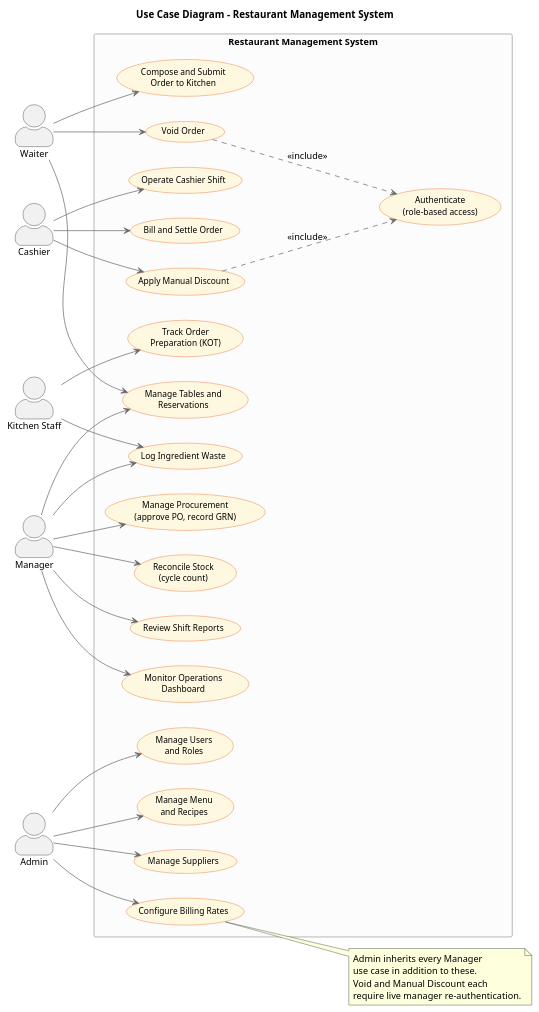
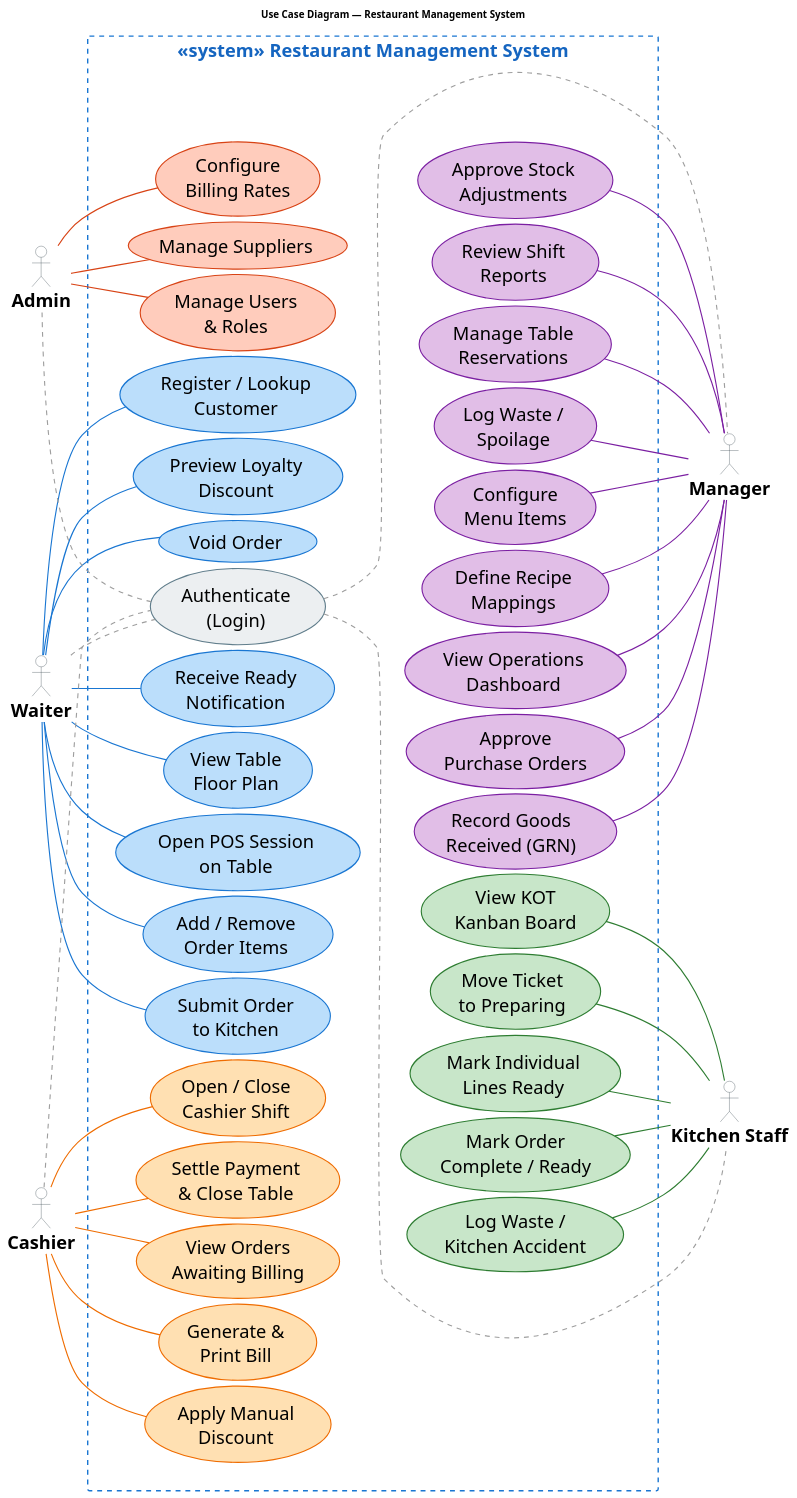
The diagram in diagrams-source/fig2_1_usecase.puml (Buddhimal-Ramanayaka/restaurant-management-system), drawn with PlantUML before and after one commit. The commit also changed 20 other files, not shown here.

First line of the commit message:
Update diagram sources to match the current system

```diff
--- a/diagrams-source/fig2_1_usecase.puml
+++ b/diagrams-source/fig2_1_usecase.puml
@@ -1,80 +1,154 @@
 @startuml
+' Figure 2.1 - Use Case Diagram, Restaurant Management System
+'
+' Theme follows the original figure: stick-figure actors, one colour per actor carried
+' through its use cases and its association lines, a dashed «system» boundary.
+'
+' Layout: two invisible grouping rectangles pin the use cases into two columns and keep
+' each actor's block contiguous. Admin and Waiter sit on the left against the left
+' column; Manager, Kitchen Staff and Cashier on the right against the right column,
+' Manager declared first so it resolves to the top-right corner. Every association
+' therefore stays inside its own half of the canvas and none of them cross.
+'
+' Verified against SecurityConfig.java authorisation rules and the controller surface.
+
 skinparam backgroundColor #FFFFFF
 skinparam shadowing false
-skinparam defaultFontName "Segoe UI"
-skinparam defaultFontSize 13
-skinparam ArrowColor #666666
-skinparam actorStyle awesome
+skinparam defaultFontName "Arial"
+skinparam defaultFontSize 26
+skinparam nodesep 8
+skinparam ranksep 58
+skinparam ArrowThickness 1.6
+
+skinparam actor {
+  FontSize 26
+  FontStyle bold
+  BorderColor #37474F
+  BackgroundColor #FFFFFF
+}
 skinparam usecase {
-  BackgroundColor #FFF8E1
-  BorderColor #E65100
-  FontSize 12
+  FontSize 26
+  BorderThickness 1.6
 }
 skinparam rectangle {
-  BackgroundColor #FCFCFC
-  BorderColor #999999
+  FontSize 26
+  FontStyle bold
+  BackgroundColor #FFFFFF
+  BorderColor #1976D2
+  BorderStyle dashed
+  BorderThickness 2
+  FontColor #1565C0
 }
-title Use Case Diagram - Restaurant Management System
+skinparam rectangle<<grp>> {
+  BackgroundColor Transparent
+  BorderColor Transparent
+  FontColor Transparent
+  BorderThickness 0
+}
+
+title Use Case Diagram — Restaurant Management System
 
 left to right direction
 
-actor Waiter as W
-actor "Kitchen Staff" as K
-actor Cashier as C
-actor Manager as M
-actor Admin as A
+actor "Admin" as A
+actor "Waiter" as W
+actor "Cashier" as C
 
-rectangle "Restaurant Management System" {
-  usecase "Authenticate\n(role-based access)" as UC0
-  usecase "Manage Tables and\nReservations" as UC1
-  usecase "Compose and Submit\nOrder to Kitchen" as UC2
-  usecase "Void Order" as UC3
-  usecase "Track Order\nPreparation (KOT)" as UC4
-  usecase "Log Ingredient Waste" as UC5
-  usecase "Operate Cashier Shift" as UC6
-  usecase "Bill and Settle Order" as UC7
-  usecase "Apply Manual Discount" as UC8
-  usecase "Monitor Operations\nDashboard" as UC9
-  usecase "Manage Procurement\n(approve PO, record GRN)" as UC10
-  usecase "Reconcile Stock\n(cycle count)" as UC11
-  usecase "Review Shift Reports" as UC12
-  usecase "Manage Users\nand Roles" as UC13
-  usecase "Manage Menu\nand Recipes" as UC14
-  usecase "Manage Suppliers" as UC15
-  usecase "Configure Billing Rates" as UC16
+rectangle "«system» Restaurant Management System" {
+
+  rectangle " " <<grp>> as G1 {
+    usecase "Authenticate\n(Login)"          as UX  #ECEFF1;line:607D8B
+
+    usecase "Manage Users\n& Roles"          as UA1 #FFCCBC;line:D84315
+    usecase "Manage Suppliers"               as UA4 #FFCCBC;line:D84315
+    usecase "Configure\nBilling Rates"       as UA5 #FFCCBC;line:D84315
+
+    usecase "View Table\nFloor Plan"         as UW1 #BBDEFB;line:1976D2
+    usecase "Open POS Session\non Table"     as UW2 #BBDEFB;line:1976D2
+    usecase "Add / Remove\nOrder Items"      as UW3 #BBDEFB;line:1976D2
+    usecase "Submit Order\nto Kitchen"       as UW4 #BBDEFB;line:1976D2
+    usecase "Register / Lookup\nCustomer"    as UW5 #BBDEFB;line:1976D2
+    usecase "Preview Loyalty\nDiscount"      as UW6 #BBDEFB;line:1976D2
+    usecase "Void Order"                     as UW7 #BBDEFB;line:1976D2
+    usecase "Receive Ready\nNotification"    as UW8 #BBDEFB;line:1976D2
+
+    usecase "Open / Close\nCashier Shift"    as UC1 #FFE0B2;line:EF6C00
+    usecase "View Orders\nAwaiting Billing"  as UC2 #FFE0B2;line:EF6C00
+    usecase "Generate &\nPrint Bill"         as UC3 #FFE0B2;line:EF6C00
+    usecase "Apply Manual\nDiscount"         as UC4 #FFE0B2;line:EF6C00
+    usecase "Settle Payment\n& Close Table"  as UC5 #FFE0B2;line:EF6C00
+  }
+
+  rectangle " " <<grp>> as G2 {
+    usecase "View Operations\nDashboard"     as UM1 #E1BEE7;line:7B1FA2
+    usecase "Approve\nPurchase Orders"       as UM2 #E1BEE7;line:7B1FA2
+    usecase "Record Goods\nReceived (GRN)"   as UM3 #E1BEE7;line:7B1FA2
+    usecase "Approve Stock\nAdjustments"     as UM4 #E1BEE7;line:7B1FA2
+    usecase "Review Shift\nReports"          as UM5 #E1BEE7;line:7B1FA2
+    usecase "Manage Table\nReservations"     as UM6 #E1BEE7;line:7B1FA2
+    usecase "Log Waste /\nSpoilage"          as UM7 #E1BEE7;line:7B1FA2
+    usecase "Configure\nMenu Items"          as UM8 #E1BEE7;line:7B1FA2
+    usecase "Define Recipe\nMappings"        as UM9 #E1BEE7;line:7B1FA2
+
+    usecase "View KOT\nKanban Board"         as UK1 #C8E6C9;line:2E7D32
+    usecase "Move Ticket\nto Preparing"      as UK2 #C8E6C9;line:2E7D32
+    usecase "Mark Individual\nLines Ready"   as UK3 #C8E6C9;line:2E7D32
+    usecase "Mark Order\nComplete / Ready"   as UK4 #C8E6C9;line:2E7D32
+    usecase "Log Waste /\nKitchen Accident"  as UK5 #C8E6C9;line:2E7D32
+
+  }
+
 }
 
-W --> UC1
-W --> UC2
-W --> UC3
+actor "Manager" as M
+actor "Kitchen Staff" as K
 
-K --> UC4
-K --> UC5
+' put G2 one rank to the right of G1 so the two blocks form two columns
+UA1 -[hidden]- UM1
+UC5 -[hidden]- UK5
 
-C --> UC6
-C --> UC7
-C --> UC8
+' Manager first, so it takes the top of the right-hand rank
+UM1 -[#7B1FA2]- M
+UM2 -[#7B1FA2]- M
+UM3 -[#7B1FA2]- M
+UM4 -[#7B1FA2]- M
+UM5 -[#7B1FA2]- M
+UM6 -[#7B1FA2]- M
+UM7 -[#7B1FA2]- M
+UM8 -[#7B1FA2]- M
+UM9 -[#7B1FA2]- M
 
-M --> UC9
-M --> UC10
-M --> UC11
-M --> UC12
-M --> UC1
-M --> UC5
+UK1 -[#2E7D32]- K
+UK2 -[#2E7D32]- K
+UK3 -[#2E7D32]- K
+UK4 -[#2E7D32]- K
+UK5 -[#2E7D32]- K
 
-A --> UC13
-A --> UC14
-A --> UC15
-A --> UC16
+C -[#EF6C00]- UC1
+C -[#EF6C00]- UC2
+C -[#EF6C00]- UC3
+C -[#EF6C00]- UC4
+C -[#EF6C00]- UC5
 
-UC3 ..> UC0 : <<include>>
-UC8 ..> UC0 : <<include>>
+A -[#D84315]- UA1
+A -[#D84315]- UA4
+A -[#D84315]- UA5
 
-note right of UC16
-  Admin inherits every Manager
-  use case in addition to these.
-  Void and Manual Discount each
-  require live manager re-authentication.
-end note
+W -[#1976D2]- UW1
+W -[#1976D2]- UW2
+W -[#1976D2]- UW3
+W -[#1976D2]- UW4
+W -[#1976D2]- UW5
+W -[#1976D2]- UW6
+W -[#1976D2]- UW7
+W -[#1976D2]- UW8
+
+' every role authenticates before any use case - dashed, so it stays recessive
+A .[#9E9E9E,dashed]. UX
+W .[#9E9E9E,dashed]. UX
+C .[#9E9E9E,dashed]. UX
+UX .[#9E9E9E,dashed]. M
+UX .[#9E9E9E,dashed]. K
+
 
 @enduml
```
